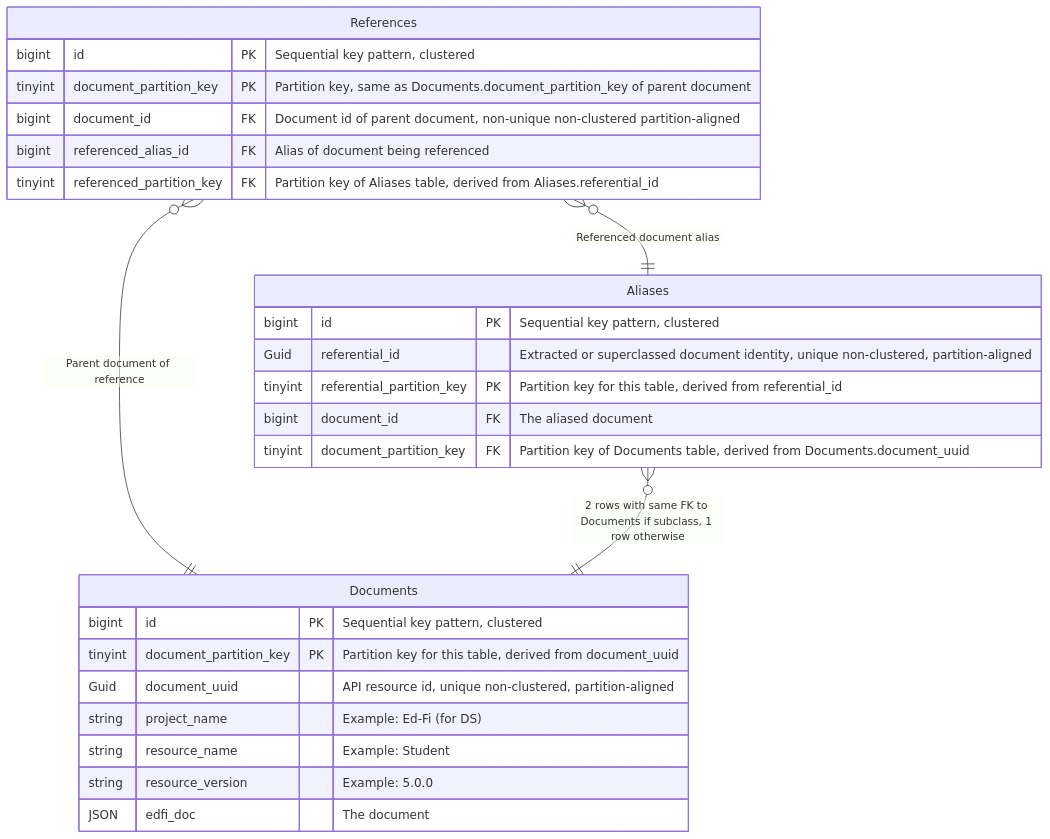
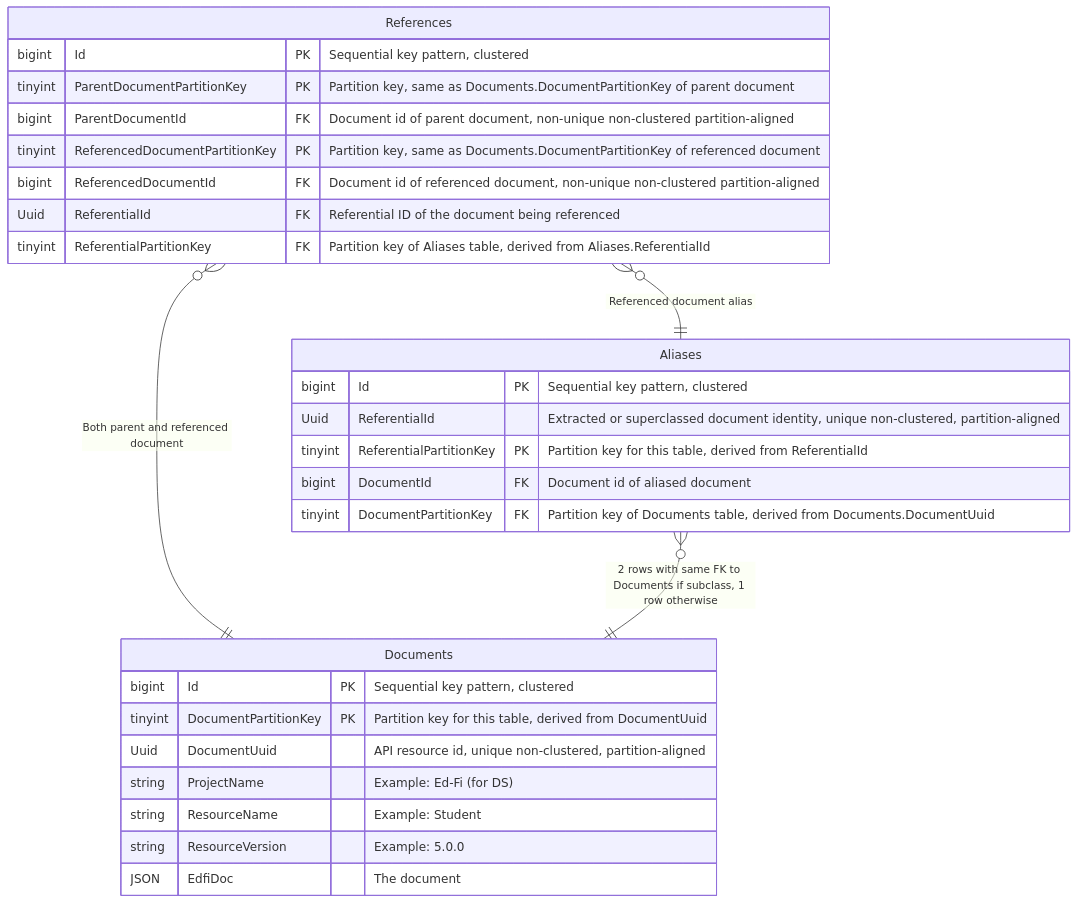
The first of 2 diagrams in docs/DMS/PRIMARY-DATA-STORAGE/README.md (Ed-Fi-Alliance-OSS/Project-Tanager), drawn with Mermaid before and after one commit. The commit also changed other lines of this file, not shown here.

````diff
--- a/docs/DMS/PRIMARY-DATA-STORAGE/README.md
+++ b/docs/DMS/PRIMARY-DATA-STORAGE/README.md
@@ -71,29 +71,31 @@
 ```mermaid
 erDiagram
     References }o--|| Aliases : "Referenced document alias"
-    References }o--|| Documents : "Parent document of reference"
+    References }o--|| Documents : "Both parent and referenced document"
     References {
-        bigint id PK "Sequential key pattern, clustered"
-        tinyint document_partition_key PK "Partition key, same as Documents.document_partition_key of parent document"
-        bigint document_id FK "Document id of parent document, non-unique non-clustered partition-aligned"
-        bigint referenced_alias_id FK "Alias of document being referenced"
-        tinyint referenced_partition_key FK "Partition key of Aliases table, derived from Aliases.referential_id"
+        bigint Id PK "Sequential key pattern, clustered"
+        tinyint ParentDocumentPartitionKey PK "Partition key, same as Documents.DocumentPartitionKey of parent document"
+        bigint ParentDocumentId FK "Document id of parent document, non-unique non-clustered partition-aligned"
+        tinyint ReferencedDocumentPartitionKey PK "Partition key, same as Documents.DocumentPartitionKey of referenced document"
+        bigint ReferencedDocumentId FK "Document id of referenced document, non-unique non-clustered partition-aligned"
+        Uuid ReferentialId FK "Referential ID of the document being referenced"
+        tinyint ReferentialPartitionKey FK "Partition key of Aliases table, derived from Aliases.ReferentialId"
     }
     Aliases }o--|| Documents : "2 rows with same FK to Documents if subclass, 1 row otherwise"
     Aliases {
-        bigint id PK "Sequential key pattern, clustered"
-        Guid referential_id "Extracted or superclassed document identity, unique non-clustered, partition-aligned"
-        tinyint referential_partition_key PK "Partition key for this table, derived from referential_id"
-        bigint document_id FK "The aliased document"
-        tinyint document_partition_key FK "Partition key of Documents table, derived from Documents.document_uuid"
+        bigint Id PK "Sequential key pattern, clustered"
+        Uuid ReferentialId "Extracted or superclassed document identity, unique non-clustered, partition-aligned"
+        tinyint ReferentialPartitionKey PK "Partition key for this table, derived from ReferentialId"
+        bigint DocumentId FK "Document id of aliased document"
+        tinyint DocumentPartitionKey FK "Partition key of Documents table, derived from Documents.DocumentUuid"
     }
     Documents {
-        bigint id PK "Sequential key pattern, clustered"
-        tinyint document_partition_key PK "Partition key for this table, derived from document_uuid"
-        Guid document_uuid "API resource id, unique non-clustered, partition-aligned"
-        string project_name "Example: Ed-Fi (for DS)"
-        string resource_name "Example: Student"
-        string resource_version "Example: 5.0.0"
-        JSON edfi_doc "The document"
+        bigint Id PK "Sequential key pattern, clustered"
+        tinyint DocumentPartitionKey PK "Partition key for this table, derived from DocumentUuid"
+        Uuid DocumentUuid "API resource id, unique non-clustered, partition-aligned"
+        string ProjectName "Example: Ed-Fi (for DS)"
+        string ResourceName "Example: Student"
+        string ResourceVersion "Example: 5.0.0"
+        JSON EdfiDoc "The document"
     }
 ```
````
